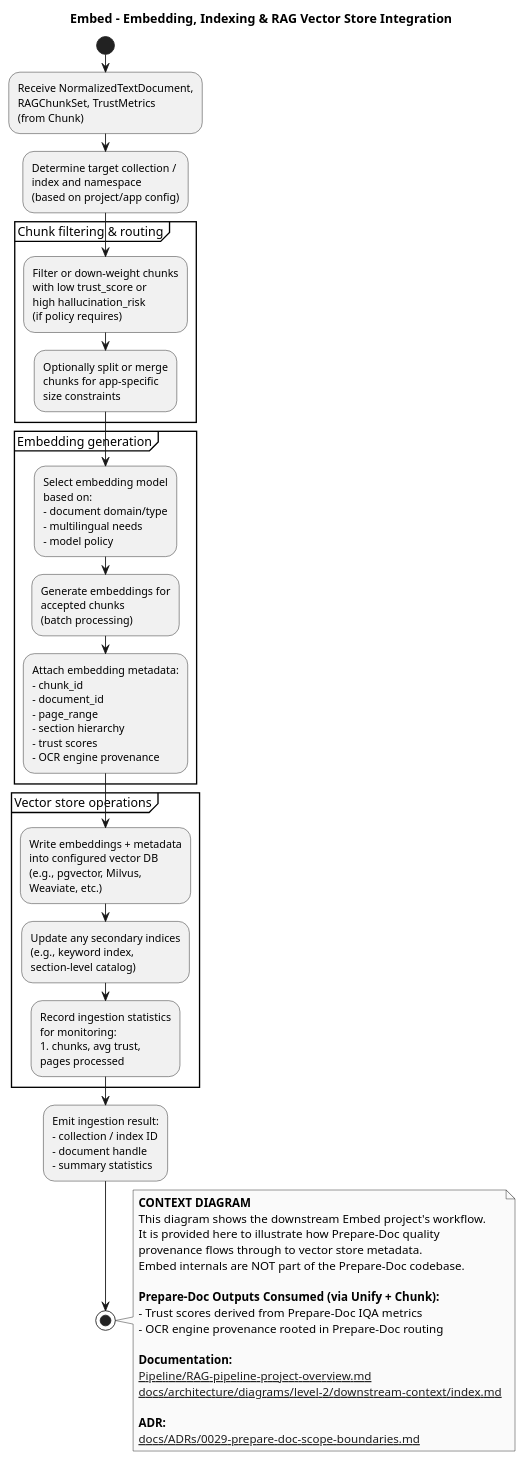
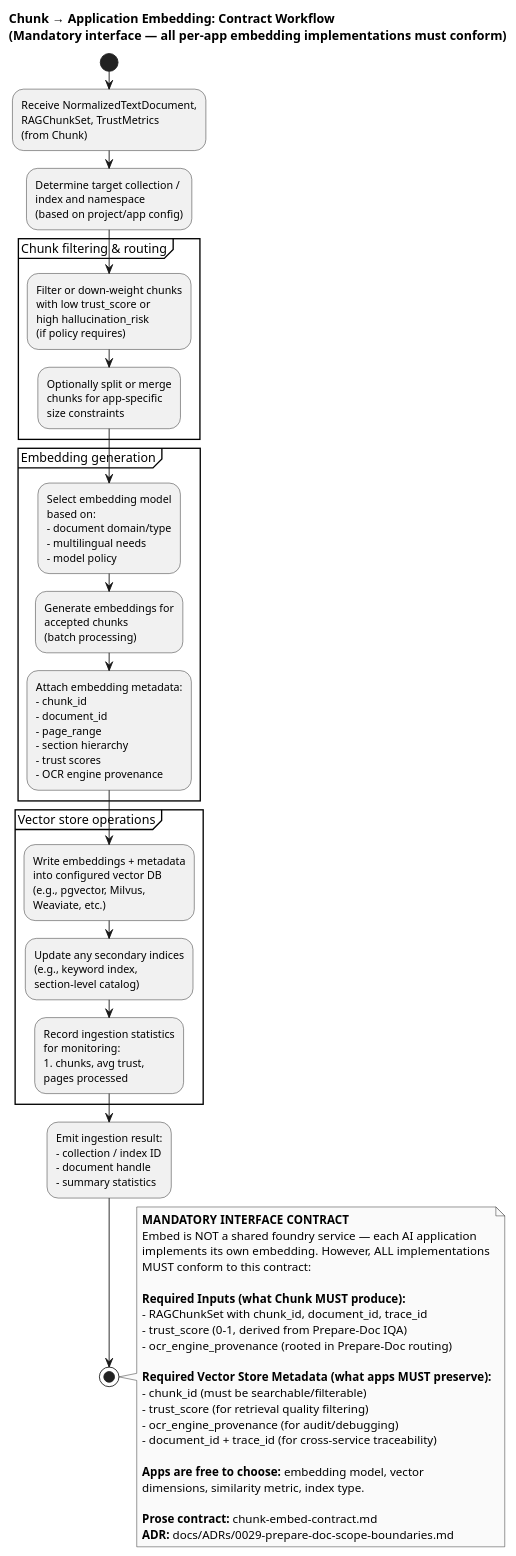
One commit to williaby/image-preprocessing-detector changed the diagram in docs/architecture/diagrams/level-2/downstream-context/embed-vectorstore-workflow.puml. Above: the diagram before and after it, drawn with PlantUML. The commit also changed 12 other files, not shown here.

First line of the commit message:
docs: six-service pipeline corrections — P0/P1/P2 fixes

```diff
--- a/docs/architecture/diagrams/level-2/downstream-context/embed-vectorstore-workflow.puml
+++ b/docs/architecture/diagrams/level-2/downstream-context/embed-vectorstore-workflow.puml
@@ -1,60 +1,65 @@
 @startuml embed-vectorstore-workflow
 
-title Embed - Embedding, Indexing & RAG Vector Store Integration
+title Chunk → Application Embedding: Contract Workflow\n(Mandatory interface — all per-app embedding implementations must conform)
 
 skinparam shadowing false
 skinparam monochrome true
 skinparam defaultTextAlignment left
 
 start
 
 :Receive NormalizedTextDocument,\nRAGChunkSet, TrustMetrics\n(from Chunk);
 
 :Determine target collection /\nindex and namespace\n(based on project/app config);
 
 partition "Chunk filtering & routing" {
   :Filter or down-weight chunks\nwith low trust_score or\nhigh hallucination_risk\n(if policy requires);
 
   :Optionally split or merge\nchunks for app-specific\nsize constraints;
 }
 
 partition "Embedding generation" {
   :Select embedding model\nbased on:\n- document domain/type\n- multilingual needs\n- model policy;
 
   :Generate embeddings for\naccepted chunks\n(batch processing);
 
   :Attach embedding metadata:\n- chunk_id\n- document_id\n- page_range\n- section hierarchy\n- trust scores\n- OCR engine provenance;
 }
 
 partition "Vector store operations" {
   :Write embeddings + metadata\ninto configured vector DB\n(e.g., pgvector, Milvus,\nWeaviate, etc.);
 
   :Update any secondary indices\n(e.g., keyword index,\nsection-level catalog);
 
   :Record ingestion statistics\nfor monitoring:\n#chunks, avg trust,\npages processed;
 }
 
 :Emit ingestion result:\n- collection / index ID\n- document handle\n- summary statistics;
 
 stop
 
 note right
-  **CONTEXT DIAGRAM**
-  This diagram shows the downstream Embed project's workflow.
-  It is provided here to illustrate how Prepare-Doc quality
-  provenance flows through to vector store metadata.
-  Embed internals are NOT part of the Prepare-Doc codebase.
+  **MANDATORY INTERFACE CONTRACT**
+  Embed is NOT a shared foundry service — each AI application
+  implements its own embedding. However, ALL implementations
+  MUST conform to this contract:
 
-  **Prepare-Doc Outputs Consumed (via Unify + Chunk):**
-  - Trust scores derived from Prepare-Doc IQA metrics
-  - OCR engine provenance rooted in Prepare-Doc routing
+  **Required Inputs (what Chunk MUST produce):**
+  - RAGChunkSet with chunk_id, document_id, trace_id
+  - trust_score (0-1, derived from Prepare-Doc IQA)
+  - ocr_engine_provenance (rooted in Prepare-Doc routing)
 
-  **Documentation:**
-  [[docs/development/RAG Pipeline/RAG-pipeline-project-overview.md]]
-  [[docs/architecture/diagrams/level-2/downstream-context/index.md]]
+  **Required Vector Store Metadata (what apps MUST preserve):**
+  - chunk_id (must be searchable/filterable)
+  - trust_score (for retrieval quality filtering)
+  - ocr_engine_provenance (for audit/debugging)
+  - document_id + trace_id (for cross-service traceability)
 
-  **ADR:**
-  [[docs/ADRs/0029-prepare-doc-scope-boundaries.md]]
+  **Apps are free to choose:** embedding model, vector
+  dimensions, similarity metric, index type.
+
+  **Prose contract:** chunk-embed-contract.md
+  **ADR:** docs/ADRs/0029-prepare-doc-scope-boundaries.md
 end note
 
 @enduml
```
